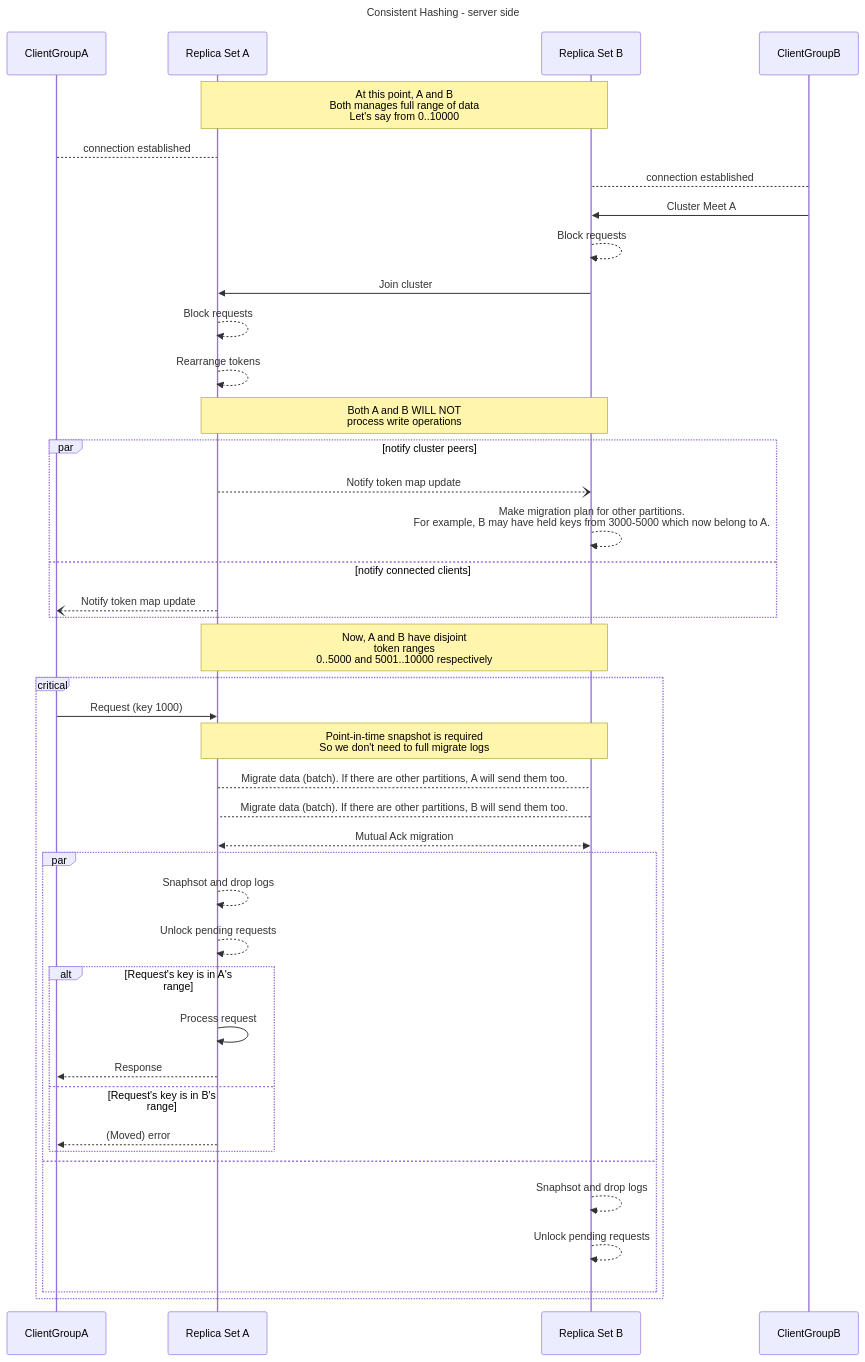
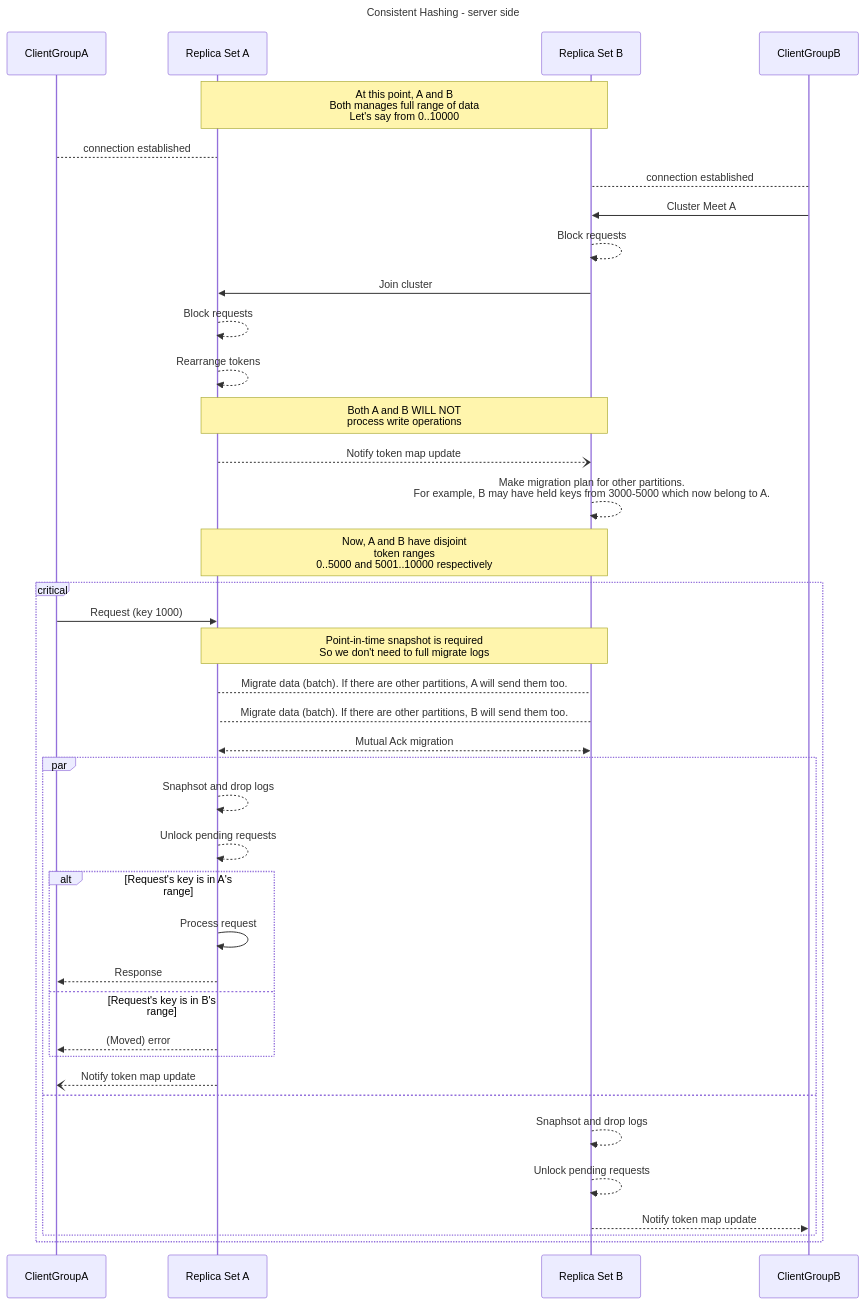
One commit to Migorithm/duva changed the diagram in diagrams/consistent-hashing-server.mmd. Above: the diagram before and after it, drawn with Mermaid. The commit also changed 1 other file, not shown here.

```diff
--- a/diagrams/consistent-hashing-server.mmd
+++ b/diagrams/consistent-hashing-server.mmd
@@ -1,66 +1,66 @@
 ---
 title: Consistent Hashing - server side
 ---
 sequenceDiagram
     participant C1 as ClientGroupA
     
     participant A as Replica Set A
     participant B as Replica Set B
     
     participant C2 as ClientGroupB
 
 
     Note over A,B : At this point, A and B<br>Both manages full range of data<br>Let's say from 0..10000
     
     C1 --> A: connection established
     C2 --> B: connection established
 
     C2 ->> B: Cluster Meet A
 
     B -->> B : Block requests
     B ->> A : Join cluster
     A -->> A: Block requests
     A -->> A: Rearrange tokens
 
     note over A,B : Both A and B WILL NOT<br>process write operations
 
     
     
-    par notify cluster peers
+    
 
     
     A --) B : Notify token map update
     B -->> B : Make migration plan for other partitions.<br>For example, B may have held keys from 3000-5000 which now belong to A.
 
 
-    and notify connected clients
-    A --) C1 : Notify token map update
-    end
+    
 
     Note over A,B: Now, A and B have disjoint<br>token ranges<br>0..5000 and 5001..10000 respectively
 
     critical 
     C1 ->> A: Request (key 1000)
 
         Note over A, B: Point-in-time snapshot is required<br>So we don't need to full migrate logs
         
         A --> B: Migrate data (batch). If there are other partitions, A will send them too.
         B --> A: Migrate data (batch). If there are other partitions, B will send them too.
 
         %% The following may involves multi step migrations depending on the size of data
         B <<-->> A: Mutual Ack migration
 
         par 
             A -->> A: Snaphsot and drop logs
             A -->> A: Unlock pending requests
             alt Request's key is in A's range
                 A ->> A: Process request
                 A -->> C1: Response
             else Request's key is in B's range
                 A -->> C1: (Moved) error
             end
+            A --) C1 : Notify token map update
         and
             B -->> B: Snaphsot and drop logs
             B -->> B: Unlock pending requests
+            B -->> C2 : Notify token map update
         end
     end
```
